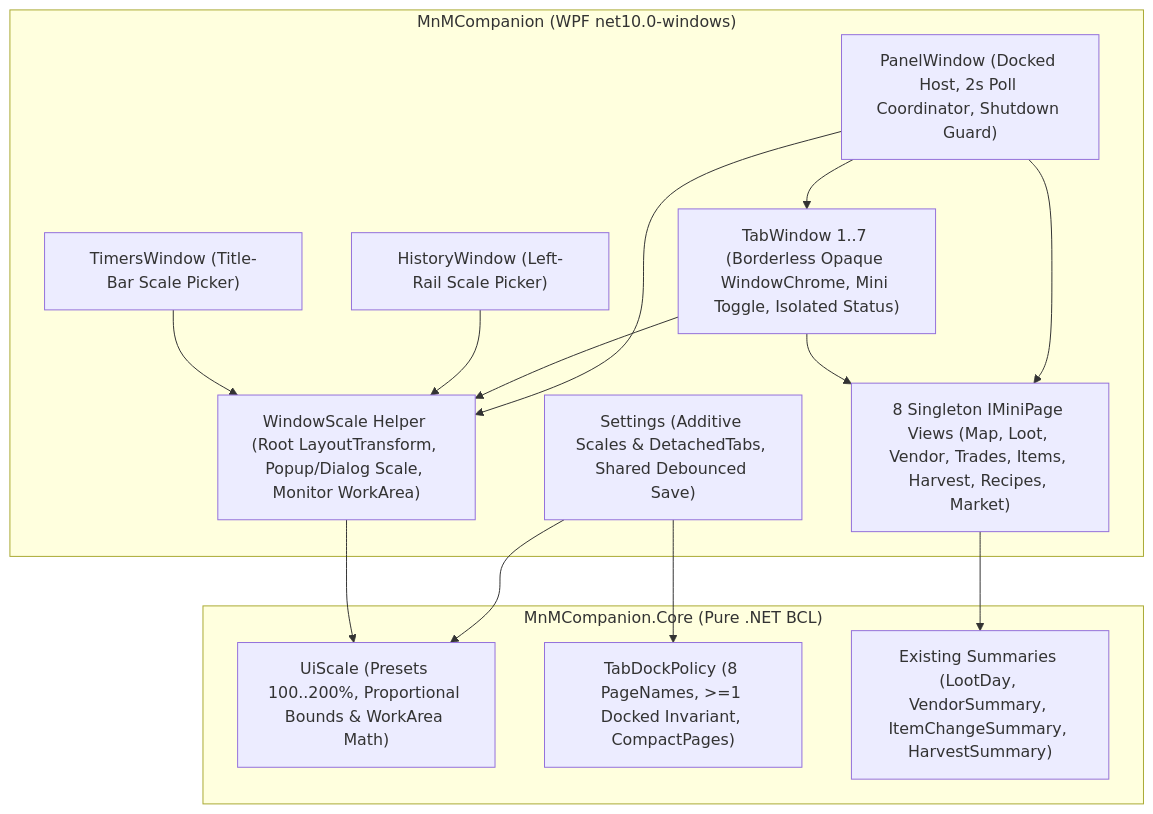
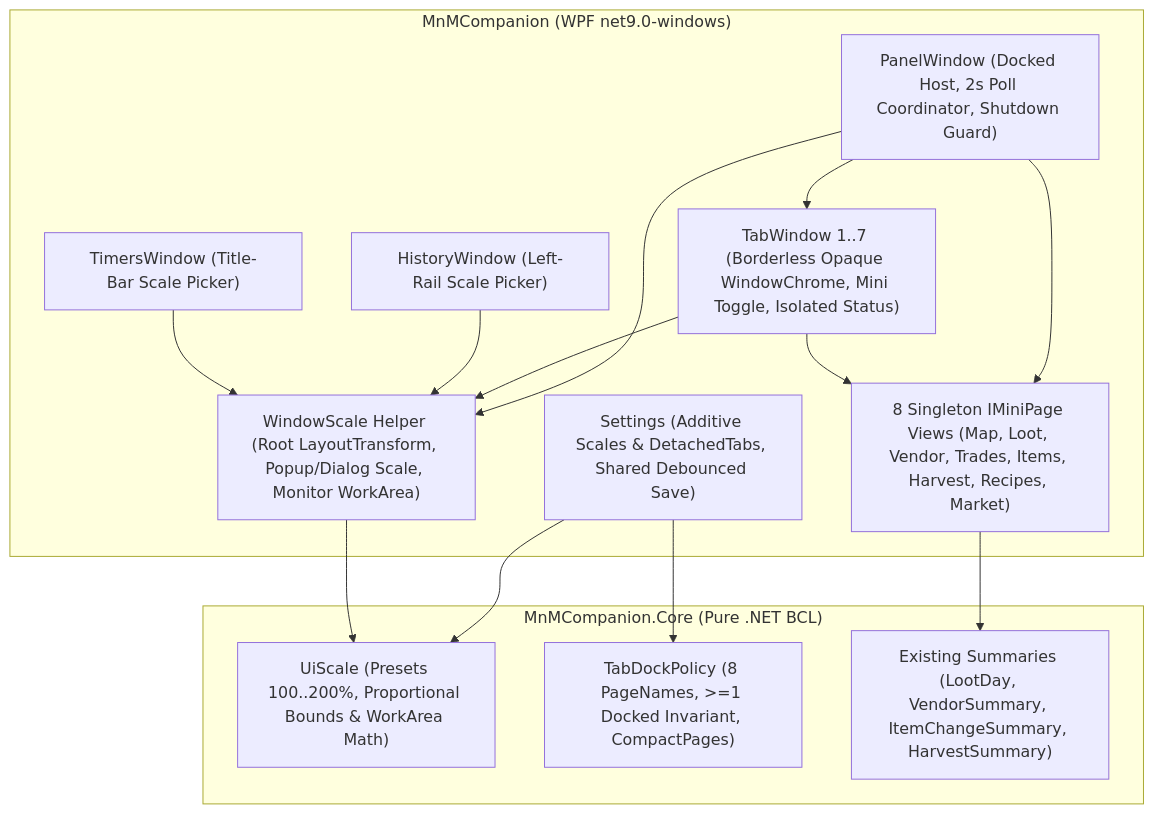
The first of 2 diagrams in docs/designs/scalable-ui-and-detachable-tabs.md (Ikstar/MnMCompanion), drawn with Mermaid before and after one commit. The commit also changed other lines of this file and 16 other files, not shown here.

````diff
--- a/docs/designs/scalable-ui-and-detachable-tabs.md
+++ b/docs/designs/scalable-ui-and-detachable-tabs.md
@@ -82,30 +82,30 @@
 ```mermaid
 flowchart TD
     subgraph Core["MnMCompanion.Core (Pure .NET BCL)"]
         UiScale["UiScale (Presets 100..200%, Proportional Bounds & WorkArea Math)"]
         DockPolicy["TabDockPolicy (8 PageNames, >=1 Docked Invariant, CompactPages)"]
         Summaries["Existing Summaries (LootDay, VendorSummary, ItemChangeSummary, HarvestSummary)"]
     end
 
-    subgraph App["MnMCompanion (WPF net10.0-windows)"]
+    subgraph App["MnMCompanion (WPF net9.0-windows)"]
         Settings["Settings (Additive Scales & DetachedTabs, Shared Debounced Save)"]
         WinScale["WindowScale Helper (Root LayoutTransform, Popup/Dialog Scale, Monitor WorkArea)"]
         Panel["PanelWindow (Docked Host, 2s Poll Coordinator, Shutdown Guard)"]
         TabWin["TabWindow 1..7 (Borderless Opaque WindowChrome, Mini Toggle, Isolated Status)"]
         Hist["HistoryWindow (Left-Rail Scale Picker)"]
         Timers["TimersWindow (Title-Bar Scale Picker)"]
         Pages["8 Singleton IMiniPage Views (Map, Loot, Vendor, Trades, Items, Harvest, Recipes, Market)"]
     end
 
     Settings --> DockPolicy
     Settings --> UiScale
     Panel --> Pages
     Panel --> TabWin
     TabWin --> Pages
     Pages --> Summaries
     WinScale --> UiScale
     Panel --> WinScale
     TabWin --> WinScale
     Hist --> WinScale
     Timers --> WinScale
 ```
````
